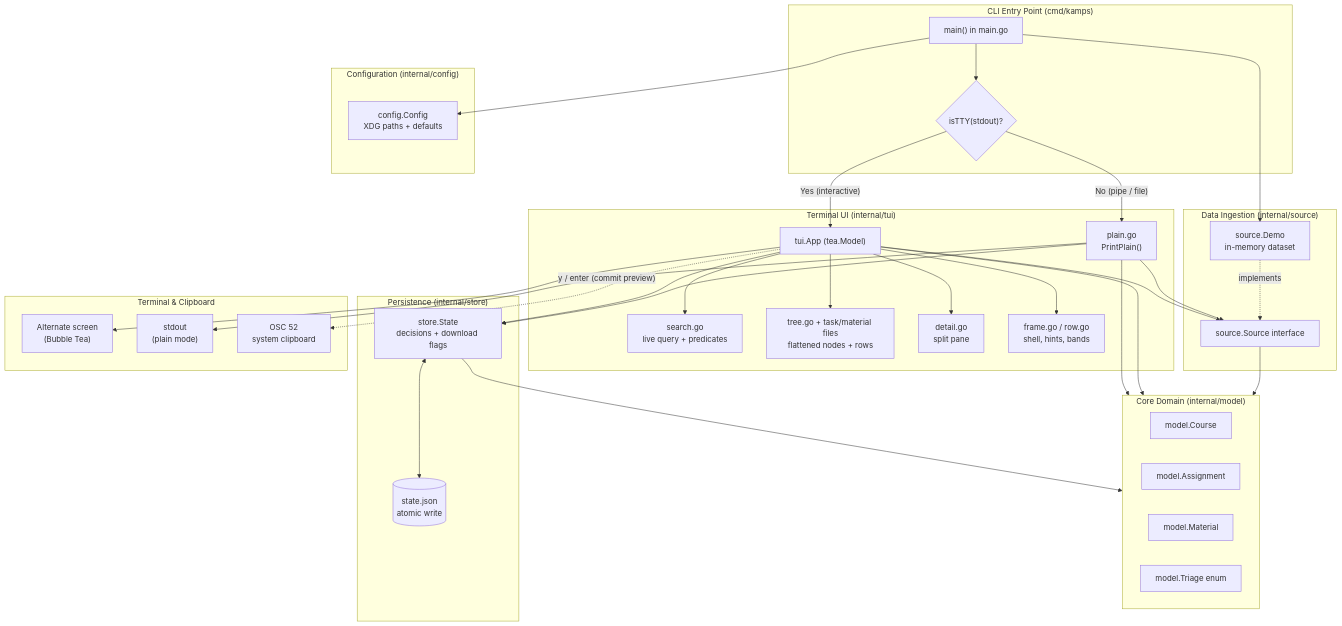
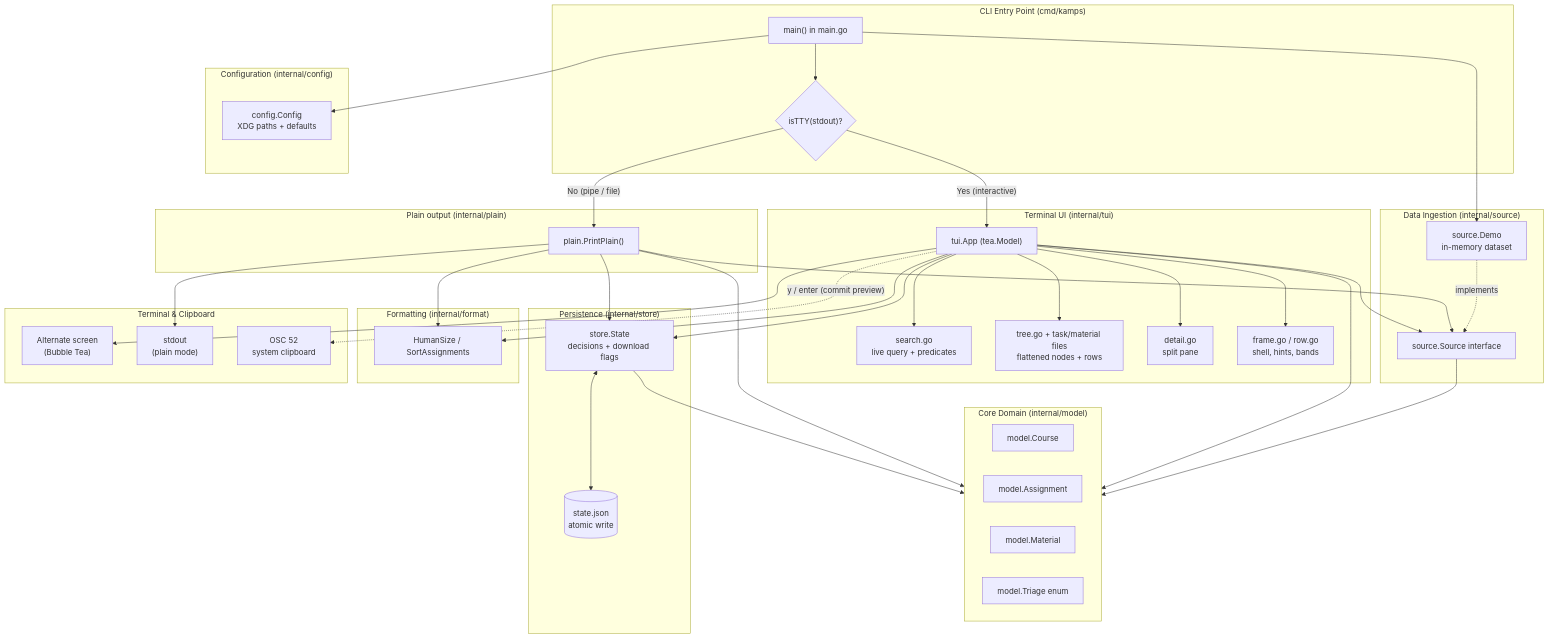
The diagram in docs/architecture.md (dannhan/kamps), drawn with Mermaid before and after one commit. The commit also changed other lines of this file and 11 other files, not shown here.

````diff
--- a/docs/architecture.md
+++ b/docs/architecture.md
@@ -18,70 +18,79 @@
 ```mermaid
 flowchart TD
     subgraph CLI["CLI Entry Point (cmd/kamps)"]
         Main["main() in main.go"]
         TTYCheck{"isTTY(stdout)?"}
     end
 
     subgraph ConfigPkg["Configuration (internal/config)"]
         Cfg["config.Config\nXDG paths + defaults"]
     end
 
     subgraph ModelPkg["Core Domain (internal/model)"]
         ModelCourse["model.Course"]
         ModelAssignment["model.Assignment"]
         ModelMaterial["model.Material"]
         ModelTriage["model.Triage enum"]
     end
 
     subgraph SourcePkg["Data Ingestion (internal/source)"]
         SourceInterface["source.Source interface"]
         DemoSource["source.Demo\nin-memory dataset"]
         DemoSource -. implements .-> SourceInterface
     end
 
     subgraph StorePkg["Persistence (internal/store)"]
         StoreState["store.State\ndecisions + download flags"]
         StateFile[("state.json\natomic write")]
         StoreState <--> StateFile
     end
 
     subgraph TUIPkg["Terminal UI (internal/tui)"]
         TUIApp["tui.App (tea.Model)"]
         Search["search.go\nlive query + predicates"]
         Tree["tree.go + task/material files\nflattened nodes + rows"]
         Detail["detail.go\nsplit pane"]
         Frame["frame.go / row.go\nshell, hints, bands"]
-        PlainMode["plain.go\nPrintPlain()"]
+    end
+
+    subgraph PlainPkg["Plain output (internal/plain)"]
+        PlainMode["plain.PrintPlain()"]
+    end
+
+    subgraph FormatPkg["Formatting (internal/format)"]
+        Formatter["HumanSize / SortAssignments"]
     end
 
     subgraph External["Terminal & Clipboard"]
         AltScreen["Alternate screen\n(Bubble Tea)"]
         PlainOut["stdout\n(plain mode)"]
         OSC52["OSC 52\nsystem clipboard"]
     end
 
     Main --> Cfg
     Main --> DemoSource
     Main --> TTYCheck
 
     TTYCheck -- "No (pipe / file)" --> PlainMode
     TTYCheck -- "Yes (interactive)" --> TUIApp
 
     PlainMode --> SourceInterface
     PlainMode --> StoreState
     PlainMode --> PlainOut
 
     TUIApp --> SourceInterface
     TUIApp --> StoreState
     TUIApp --> Search
     TUIApp --> Tree
     TUIApp --> Detail
     TUIApp --> Frame
+    TUIApp --> Formatter
     TUIApp --> AltScreen
     TUIApp -. "y / enter (commit preview)" .-> OSC52
+    PlainMode --> Formatter
 
     SourceInterface --> ModelPkg
     StoreState --> ModelPkg
     TUIApp --> ModelPkg
     PlainMode --> ModelPkg
 ```
````
